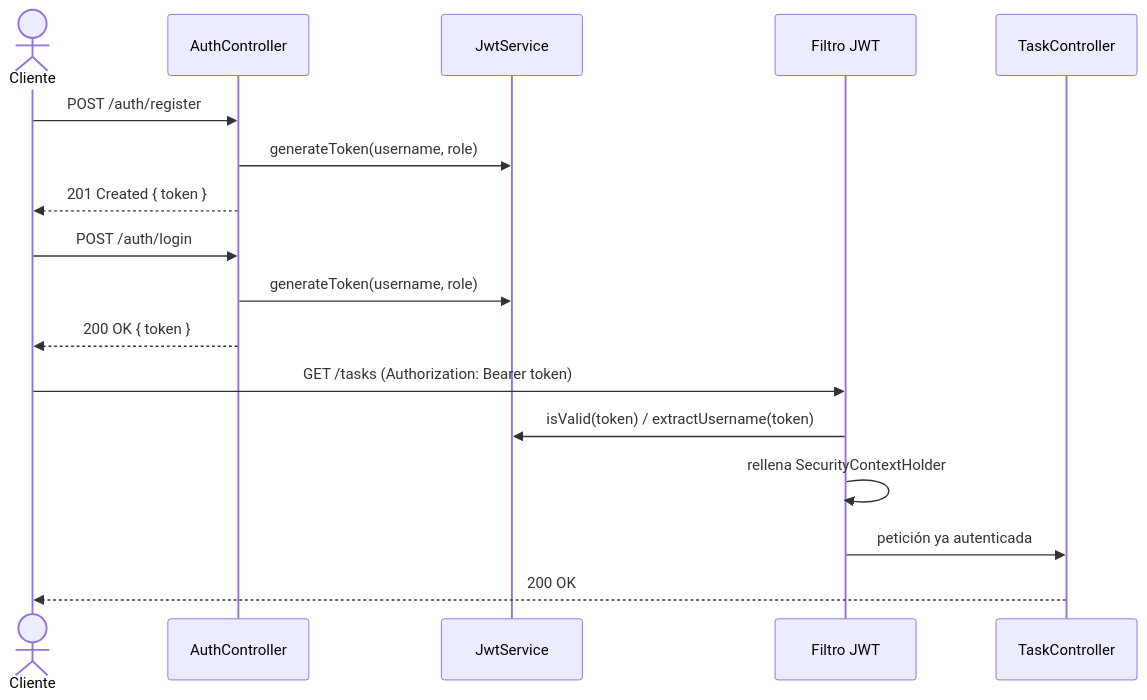
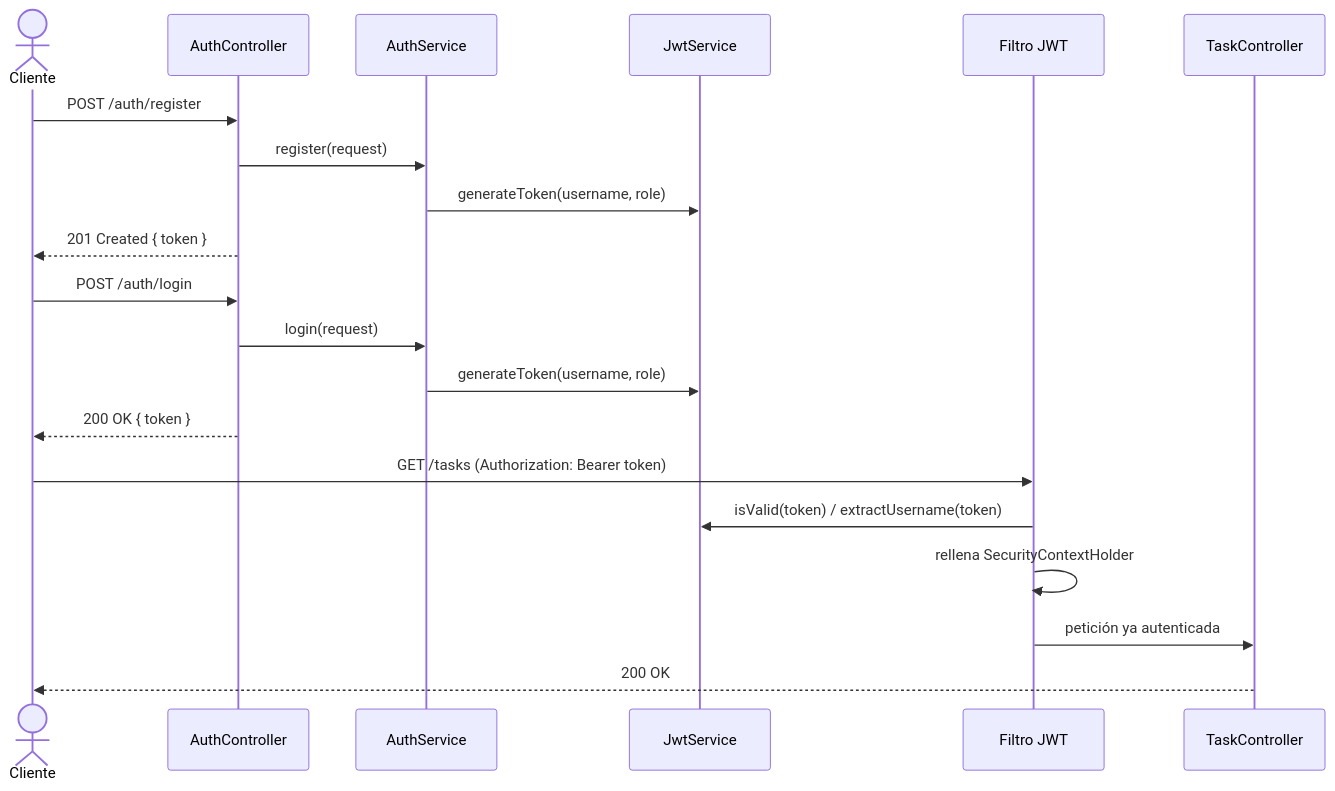
Before and after one commit to HarolRiosDev/spring-boot-docs: the diagram in docs-site/docs/03-security-jwt/autenticacion-jwt.md, drawn with Mermaid. The commit also changed other lines of this file and 28 other files, not shown here.

First line of the commit message:
refactor: route Auth/Admin/Notification controllers through a service layer

````diff
--- a/docs-site/docs/03-security-jwt/autenticacion-jwt.md
+++ b/docs-site/docs/03-security-jwt/autenticacion-jwt.md
@@ -12,22 +12,25 @@
 ```mermaid
 sequenceDiagram
     actor Cliente
     participant AuthController
+    participant AuthService
     participant JwtService
     participant Filtro as Filtro JWT
     participant TaskController
 
     Cliente->>AuthController: POST /auth/register
-    AuthController->>JwtService: generateToken(username, role)
+    AuthController->>AuthService: register(request)
+    AuthService->>JwtService: generateToken(username, role)
     AuthController-->>Cliente: 201 Created { token }
 
     Cliente->>AuthController: POST /auth/login
-    AuthController->>JwtService: generateToken(username, role)
+    AuthController->>AuthService: login(request)
+    AuthService->>JwtService: generateToken(username, role)
     AuthController-->>Cliente: 200 OK { token }
 
     Cliente->>Filtro: GET /tasks (Authorization: Bearer token)
     Filtro->>JwtService: isValid(token) / extractUsername(token)
     Filtro->>Filtro: rellena SecurityContextHolder
     Filtro->>TaskController: petición ya autenticada
     TaskController-->>Cliente: 200 OK
 ```
````
